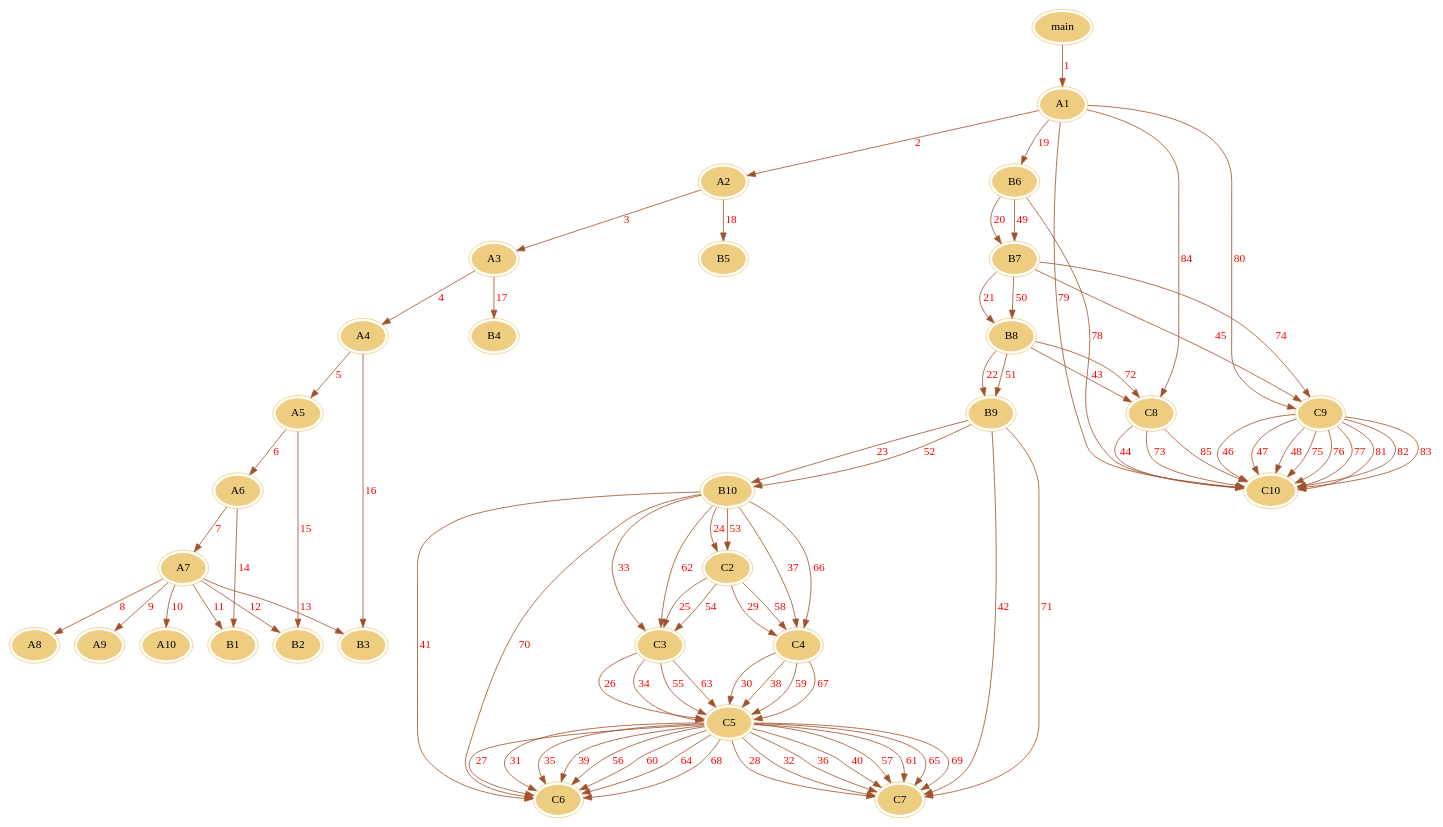
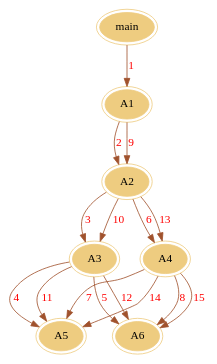
Before and after one commit to carsonshan/AspectJIdea: the diagram in out/dot/ori.dot, drawn with Graphviz. The commit also changed 3 other files, not shown here.

```diff
--- a/out/dot/ori.dot
+++ b/out/dot/ori.dot
@@ -1,91 +1,21 @@
 digraph G {
     /*初始化节点和边的颜色*/
     node [peripheries=2 style=filled color="#eecc80"]
     edge [color="sienna" fontcolor="red"]
 main -> A1[label=1];
 A1 -> A2[label=2];
 A2 -> A3[label=3];
-A3 -> A4[label=4];
-A4 -> A5[label=5];
-A5 -> A6[label=6];
-A6 -> A7[label=7];
-A7 -> A8[label=8];
-A7 -> A9[label=9];
-A7 -> A10[label=10];
-A7 -> B1[label=11];
-A7 -> B2[label=12];
-A7 -> B3[label=13];
-A6 -> B1[label=14];
-A5 -> B2[label=15];
-A4 -> B3[label=16];
-A3 -> B4[label=17];
-A2 -> B5[label=18];
-A1 -> B6[label=19];
-B6 -> B7[label=20];
-B7 -> B8[label=21];
-B8 -> B9[label=22];
-B9 -> B10[label=23];
-B10 -> C2[label=24];
-C2 -> C3[label=25];
-C3 -> C5[label=26];
-C5 -> C6[label=27];
-C5 -> C7[label=28];
-C2 -> C4[label=29];
-C4 -> C5[label=30];
-C5 -> C6[label=31];
-C5 -> C7[label=32];
-B10 -> C3[label=33];
-C3 -> C5[label=34];
-C5 -> C6[label=35];
-C5 -> C7[label=36];
-B10 -> C4[label=37];
-C4 -> C5[label=38];
-C5 -> C6[label=39];
-C5 -> C7[label=40];
-B10 -> C6[label=41];
-B9 -> C7[label=42];
-B8 -> C8[label=43];
-C8 -> C10[label=44];
-B7 -> C9[label=45];
-C9 -> C10[label=46];
-C9 -> C10[label=47];
-C9 -> C10[label=48];
-B6 -> B7[label=49];
-B7 -> B8[label=50];
-B8 -> B9[label=51];
-B9 -> B10[label=52];
-B10 -> C2[label=53];
-C2 -> C3[label=54];
-C3 -> C5[label=55];
-C5 -> C6[label=56];
-C5 -> C7[label=57];
-C2 -> C4[label=58];
-C4 -> C5[label=59];
-C5 -> C6[label=60];
-C5 -> C7[label=61];
-B10 -> C3[label=62];
-C3 -> C5[label=63];
-C5 -> C6[label=64];
-C5 -> C7[label=65];
-B10 -> C4[label=66];
-C4 -> C5[label=67];
-C5 -> C6[label=68];
-C5 -> C7[label=69];
-B10 -> C6[label=70];
-B9 -> C7[label=71];
-B8 -> C8[label=72];
-C8 -> C10[label=73];
-B7 -> C9[label=74];
-C9 -> C10[label=75];
-C9 -> C10[label=76];
-C9 -> C10[label=77];
-B6 -> C10[label=78];
-A1 -> C10[label=79];
-A1 -> C9[label=80];
-C9 -> C10[label=81];
-C9 -> C10[label=82];
-C9 -> C10[label=83];
-A1 -> C8[label=84];
-C8 -> C10[label=85];
+A3 -> A5[label=4];
+A3 -> A6[label=5];
+A2 -> A4[label=6];
+A4 -> A5[label=7];
+A4 -> A6[label=8];
+A1 -> A2[label=9];
+A2 -> A3[label=10];
+A3 -> A5[label=11];
+A3 -> A6[label=12];
+A2 -> A4[label=13];
+A4 -> A5[label=14];
+A4 -> A6[label=15];
 
 }
```
